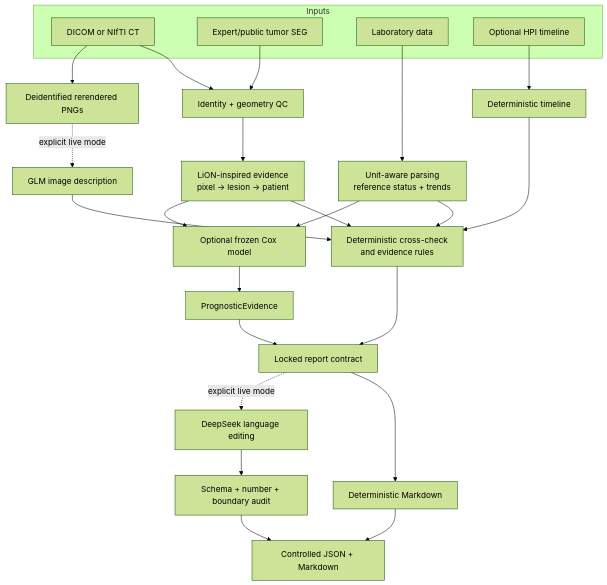
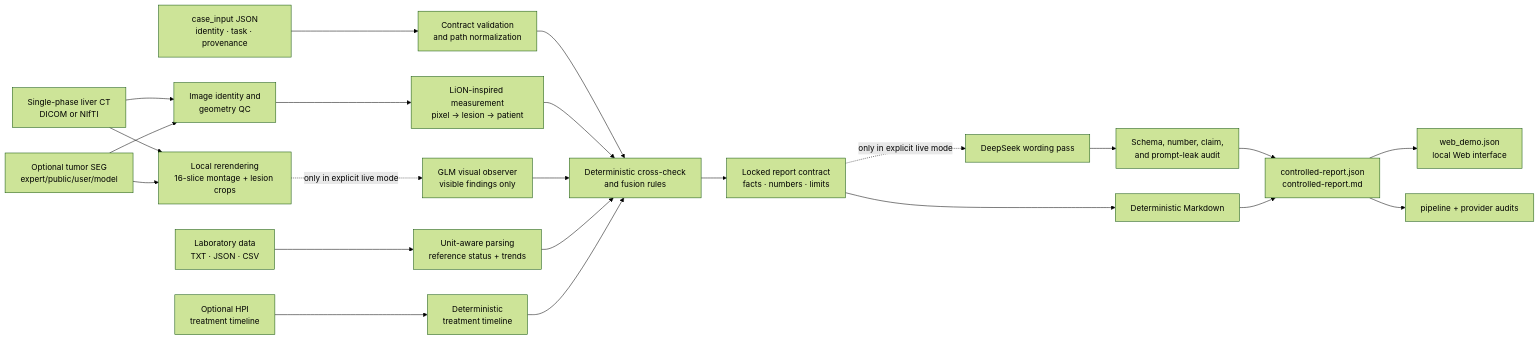
Before and after one commit to xhu014183-cmd/OncoFuse: the first of 2 diagrams in README.md, drawn with Mermaid (forest theme). The commit also changed other lines of this file and 1 other file, not shown here.

Commit message:
docs: clarify complete multimodal input-output chains

````diff
--- a/README.md
+++ b/README.md
@@ -111,33 +36,35 @@
 ```mermaid
-flowchart TD
-    subgraph Inputs
-        CT["DICOM or NIfTI CT"]
-        SEG["Expert/public tumor SEG"]
-        LAB["Laboratory data"]
-        HPI["Optional HPI timeline"]
-    end
+flowchart LR
+    CASE["case_input JSON<br/>identity · task · provenance"]
+    CT["Single-phase liver CT<br/>DICOM or NIfTI"]
+    SEG["Optional tumor SEG<br/>expert/public/user/model"]
+    LAB["Laboratory data<br/>TXT · JSON · CSV"]
+    HPI["Optional HPI<br/>treatment timeline"]
 
-    CT --> IQC["Identity + geometry QC"]
+    CASE --> CONTRACT["Contract validation<br/>and path normalization"]
+    CT --> IQC["Image identity and<br/>geometry QC"]
     SEG --> IQC
-    IQC --> LION["LiON-inspired evidence<br/>pixel → lesion → patient"]
-    CT --> PNG["Deidentified rerendered PNGs"]
-    PNG -. "explicit live mode" .-> GLM["GLM image description"]
+    IQC --> LION["LiON-inspired measurement<br/>pixel → lesion → patient"]
+
+    CT --> PNG["Local rerendering<br/>16-slice montage + lesion crops"]
+    SEG --> PNG
+    PNG -. "only in explicit live mode" .-> GLM["GLM visual observer<br/>visible findings only"]
+
     LAB --> LQC["Unit-aware parsing<br/>reference status + trends"]
-    HPI --> TL["Deterministic timeline"]
+    HPI --> TIME["Deterministic<br/>treatment timeline"]
 
-    LION --> RULES["Deterministic cross-check<br/>and evidence rules"]
+    CONTRACT --> RULES["Deterministic cross-check<br/>and fusion rules"]
+    LION --> RULES
     GLM --> RULES
     LQC --> RULES
-    TL --> RULES
+    TIME --> RULES
 
-    LION --> COX["Optional frozen Cox model"]
-    LQC --> COX
-    COX --> PE["PrognosticEvidence"]
-    RULES --> LOCK["Locked report contract"]
-    PE --> LOCK
-    LOCK --> DET["Deterministic Markdown"]
-    LOCK -. "explicit live mode" .-> DS["DeepSeek language editing"]
-    DS --> AUDIT["Schema + number + boundary audit"]
-    AUDIT --> REPORT["Controlled JSON + Markdown"]
-    DET --> REPORT
+    RULES --> LOCK["Locked report contract<br/>facts · numbers · limits"]
+    LOCK --> FALLBACK["Deterministic Markdown"]
+    LOCK -. "only in explicit live mode" .-> DS["DeepSeek wording pass"]
+    DS --> GUARD["Schema, number, claim,<br/>and prompt-leak audit"]
+    GUARD --> FINAL["controlled-report.json<br/>controlled-report.md"]
+    FALLBACK --> FINAL
+    FINAL --> WEB["web_demo.json<br/>local Web interface"]
+    FINAL --> AUDIT["pipeline + provider audits"]
 ```
````
